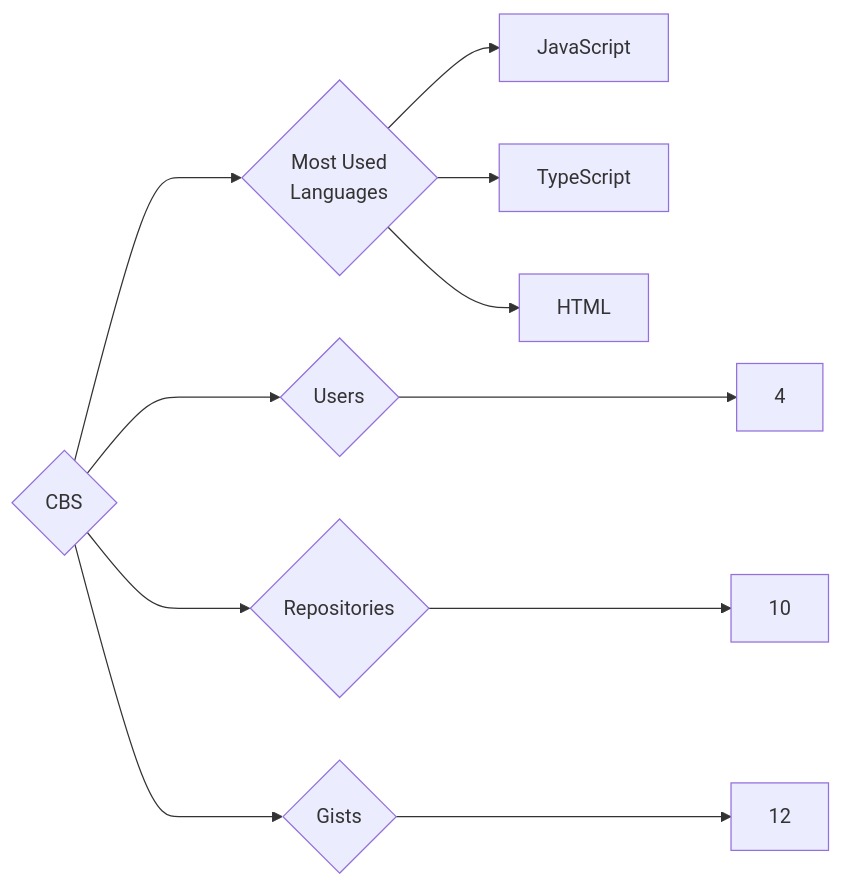
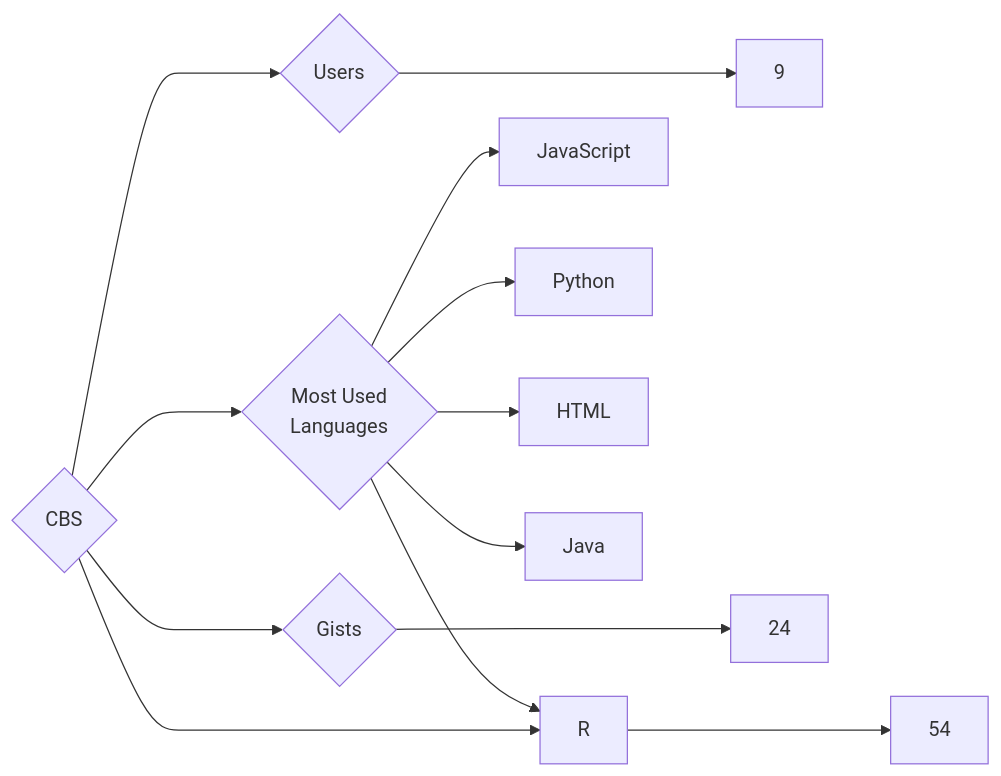
Before and after one commit to trickest/insiders: the diagram in targets/CBS/README.md, drawn with Mermaid. The commit also changed 865 other files, not shown here.

````diff
--- a/targets/CBS/README.md
+++ b/targets/CBS/README.md
@@ -3,11 +3,13 @@
 ```mermaid
 graph LR
 COMPANY_NAME{CBS}
-COMPANY_NAME ---> U{Users} ---> UN[4]
-COMPANY_NAME ---> R{Repositories} ---> RN[10]
-COMPANY_NAME ---> G{Gists} ---> GN[12]
+COMPANY_NAME ---> U{Users} ---> UN[9]
+COMPANY_NAME ---> R{Repositories} ---> RN[54]
+COMPANY_NAME ---> G{Gists} ---> GN[24]
 COMPANY_NAME ---> ML{Most Used<br>Languages}
 ML --> JavaScript[JavaScript]
-ML --> TypeScript[TypeScript]
+ML --> Python[Python]
 ML --> HTML[HTML]
+ML --> R[R]
+ML --> Java[Java]
 ```
````
